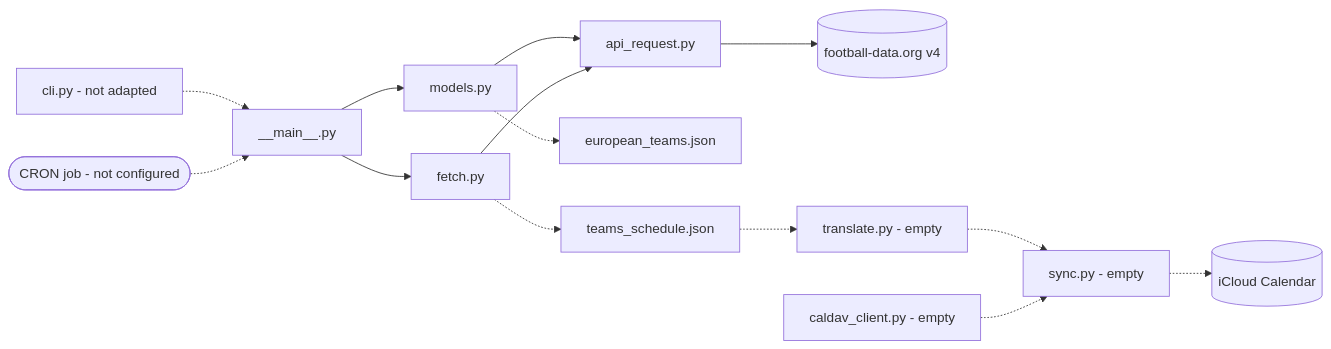
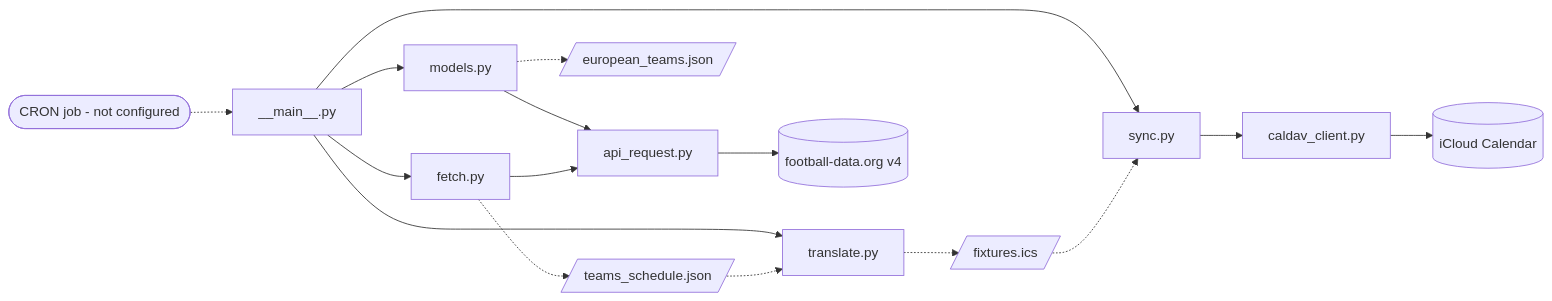
One commit to fernando-rivas-espinoza/soccer-match-calendar-importer changed the diagram in README.md. Above: the diagram before and after it, drawn with Mermaid. The commit also changed other lines of this file and 6 other files, not shown here.

````diff
--- a/README.md
+++ b/README.md
@@ -35,20 +29,22 @@
 ```mermaid
 flowchart LR
     main["__main__.py"] --> models["models.py"]
     main --> fetch["fetch.py"]
+    main --> translate["translate.py"]
+    main --> sync["sync.py"]
 
     models --> api["api_request.py"]
     fetch --> api
     api --> ext[("football-data.org v4")]
 
-    models -.-> teamsjson["european_teams.json"]
-    fetch -.-> schedjson["teams_schedule.json"]
+    models -.-> teamsjson[/"european_teams.json"/]
+    fetch -.-> schedjson[/"teams_schedule.json"/]
+    schedjson -.-> translate
+    translate -.-> icsfile[/"fixtures.ics"/]
+    icsfile -.-> sync
 
-    schedjson -.-> translate["translate.py - empty"]
-    translate -.-> sync["sync.py - empty"]
-    caldav["caldav_client.py - empty"] -.-> sync
-    sync -.-> cal[("iCloud Calendar")]
+    sync --> client["caldav_client.py"]
+    client --> cal[("iCloud Calendar")]
 
-    cli["cli.py - not adapted"] -.-> main
     cron(["CRON job - not configured"]) -.-> main
 ```
````
